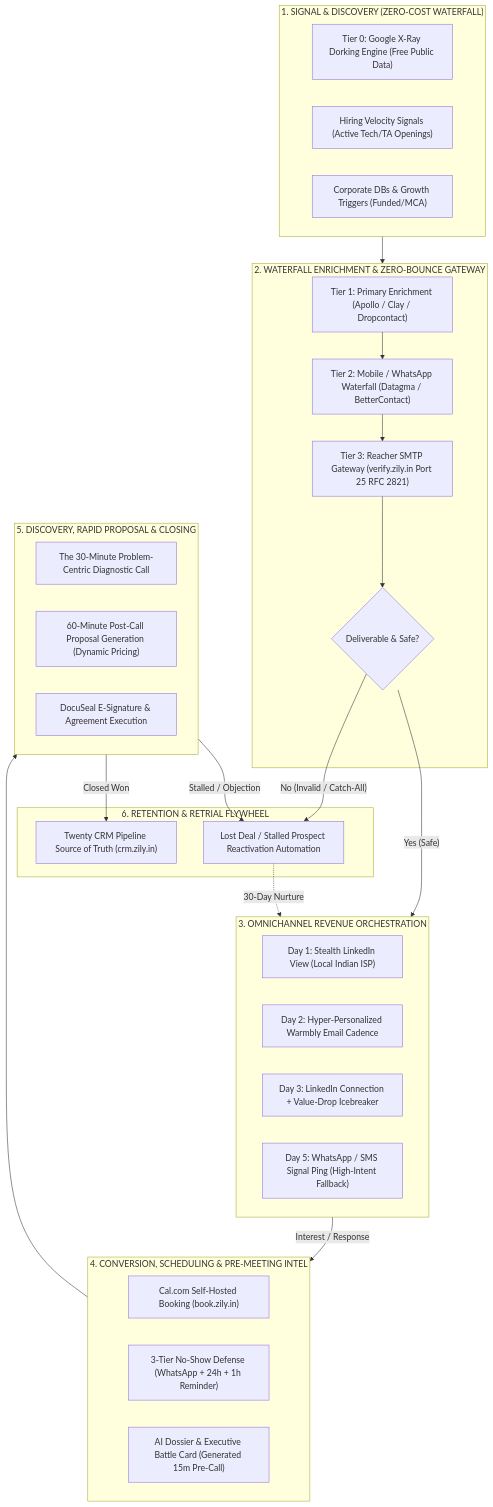
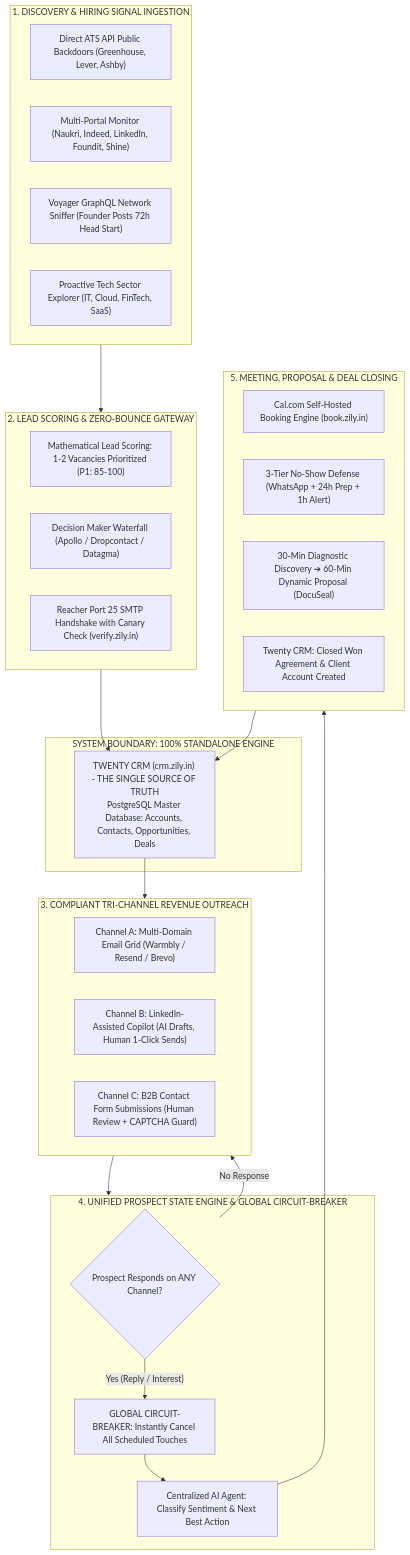
One commit to 4belldevelopers/sales-crm-final changed the first of 3 diagrams in docs/audit documents/lead_generation/2026-11-17-god-level-waterfall-leadgen-to-client-closing-playbook.md. Above: the diagram before and after it, drawn with Mermaid. The commit also changed other lines of this file and 10 other files, not shown here.

````diff
--- a/docs/audit documents/lead_generation/2026-11-17-god-level-waterfall-leadgen-to-client-closing-playbook.md
+++ b/docs/audit documents/lead_generation/2026-11-17-god-level-waterfall-leadgen-to-client-closing-playbook.md
@@ -22,49 +21,46 @@
 ```mermaid
 flowchart TD
-    subgraph S1["1. SIGNAL & DISCOVERY (ZERO-COST WATERFALL)"]
-        A1["Tier 0: Google X-Ray Dorking Engine (Free Public Data)"]
-        A2["Hiring Velocity Signals (Active Tech/TA Openings)"]
-        A3["Corporate DBs & Growth Triggers (Funded/MCA)"]
+    subgraph ISOLATION["SYSTEM BOUNDARY: 100% STANDALONE ENGINE"]
+        CRM["TWENTY CRM (crm.zily.in) - THE SINGLE SOURCE OF TRUTH<br/>PostgreSQL Master Database: Accounts, Contacts, Opportunities, Deals"]
     end
 
-    subgraph S2["2. WATERFALL ENRICHMENT & ZERO-BOUNCE GATEWAY"]
-        B1["Tier 1: Primary Enrichment (Apollo / Clay / Dropcontact)"]
-        B2["Tier 2: Mobile / WhatsApp Waterfall (Datagma / BetterContact)"]
-        B3["Tier 3: Reacher SMTP Gateway (verify.zily.in Port 25 RFC 2821)"]
-        B4{"Deliverable & Safe?"}
+    subgraph INGESTION["1. DISCOVERY & HIRING SIGNAL INGESTION"]
+        A1["Direct ATS API Public Backdoors (Greenhouse, Lever, Ashby)"]
+        A2["Multi-Portal Monitor (Naukri, Indeed, LinkedIn, Foundit, Shine)"]
+        A3["Voyager GraphQL Network Sniffer (Founder Posts 72h Head Start)"]
+        A4["Proactive Tech Sector Explorer (IT, Cloud, FinTech, SaaS)"]
     end
 
-    subgraph S3["3. OMNICHANNEL REVENUE ORCHESTRATION"]
-        C1["Day 1: Stealth LinkedIn View (Local Indian ISP)"]
-        C2["Day 2: Hyper-Personalized Warmbly Email Cadence"]
-        C3["Day 3: LinkedIn Connection + Value-Drop Icebreaker"]
-        C4["Day 5: WhatsApp / SMS Signal Ping (High-Intent Fallback)"]
+    subgraph ENRICHMENT["2. LEAD SCORING & ZERO-BOUNCE GATEWAY"]
+        B1["Mathematical Lead Scoring: 1-2 Vacancies Prioritized (P1: 85-100)"]
+        B2["Decision Maker Waterfall (Apollo / Dropcontact / Datagma)"]
+        B3["Reacher Port 25 SMTP Handshake with Canary Check (verify.zily.in)"]
     end
 
-    subgraph S4["4. CONVERSION, SCHEDULING & PRE-MEETING INTEL"]
-        D1["Cal.com Self-Hosted Booking (book.zily.in)"]
-        D2["3-Tier No-Show Defense (WhatsApp + 24h + 1h Reminder)"]
-        D3["AI Dossier & Executive Battle Card (Generated 15m Pre-Call)"]
+    subgraph OUTREACH["3. COMPLIANT TRI-CHANNEL REVENUE OUTREACH"]
+        C1["Channel A: Multi-Domain Email Grid (Warmbly / Resend / Brevo)"]
+        C2["Channel B: LinkedIn-Assisted Copilot (AI Drafts, Human 1-Click Sends)"]
+        C3["Channel C: B2B Contact Form Submissions (Human Review + CAPTCHA Guard)"]
     end
 
-    subgraph S5["5. DISCOVERY, RAPID PROPOSAL & CLOSING"]
-        E1["The 30-Minute Problem-Centric Diagnostic Call"]
-        E2["60-Minute Post-Call Proposal Generation (Dynamic Pricing)"]
-        E3["DocuSeal E-Signature & Agreement Execution"]
+    subgraph NERVOUS["4. UNIFIED PROSPECT STATE ENGINE & GLOBAL CIRCUIT-BREAKER"]
+        D1{"Prospect Responds on ANY Channel?"}
+        D2["GLOBAL CIRCUIT-BREAKER: Instantly Cancel All Scheduled Touches"]
+        D3["Centralized AI Agent: Classify Sentiment & Next Best Action"]
     end
 
-    subgraph S6["6. RETENTION & RETRIAL FLYWHEEL"]
-        F1["Twenty CRM Pipeline Source of Truth (crm.zily.in)"]
-        F2["Lost Deal / Stalled Prospect Reactivation Automation"]
+    subgraph CONVERSION["5. MEETING, PROPOSAL & DEAL CLOSING"]
+        E1["Cal.com Self-Hosted Booking Engine (book.zily.in)"]
+        E2["3-Tier No-Show Defense (WhatsApp + 24h Prep + 1h Alert)"]
+        E3["30-Min Diagnostic Discovery ➔ 60-Min Dynamic Proposal (DocuSeal)"]
+        E4["Twenty CRM: Closed Won Agreement & Client Account Created"]
     end
 
-    S1 --> S2
-    B1 --> B2 --> B3 --> B4
-    B4 -- "No (Invalid / Catch-All)" --> F2
-    B4 -- "Yes (Safe)" --> S3
-    S3 -->|Interest / Response| S4
-    S4 --> S5
-    S5 -->|Closed Won| F1
-    S5 -->|Stalled / Objection| F2
-    F2 -. 30-Day Nurture .-> S3
+    INGESTION --> ENRICHMENT
+    ENRICHMENT --> CRM
+    CRM --> OUTREACH
+    OUTREACH --> NERVOUS
+    D1 -- "Yes (Reply / Interest)" --> D2 --> D3 --> CONVERSION
+    D1 -- "No Response" --> OUTREACH
+    CONVERSION --> CRM
 ```
````
